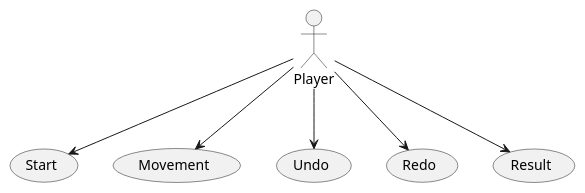
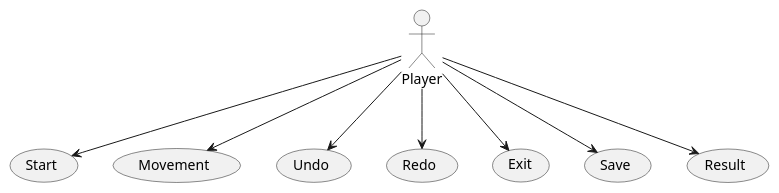
Before and after one commit to x-USantaTecla-game-ticTacToe/requirements: the first of 2 diagrams in src/docs/asciidoc/index.adoc, drawn with PlantUML. The commit also changed other lines of this file and 6 other files, not shown here.

```diff
--- a/src/docs/asciidoc/index.adoc
+++ b/src/docs/asciidoc/index.adoc
@@ -37,17 +37,21 @@
 [plantuml,diagramaActoresCasosUso,svg]
 ....
 
 actor Player
 usecase Start
 usecase Movement
 usecase Undo
 usecase Redo
+usecase Exit
+usecase Save
 usecase Result
 
 Player --> Start
 Player --> Movement
 Player --> Undo
 Player --> Redo
+Player --> Exit
+Player --> Save
 Player --> Result
 
 ....
```
